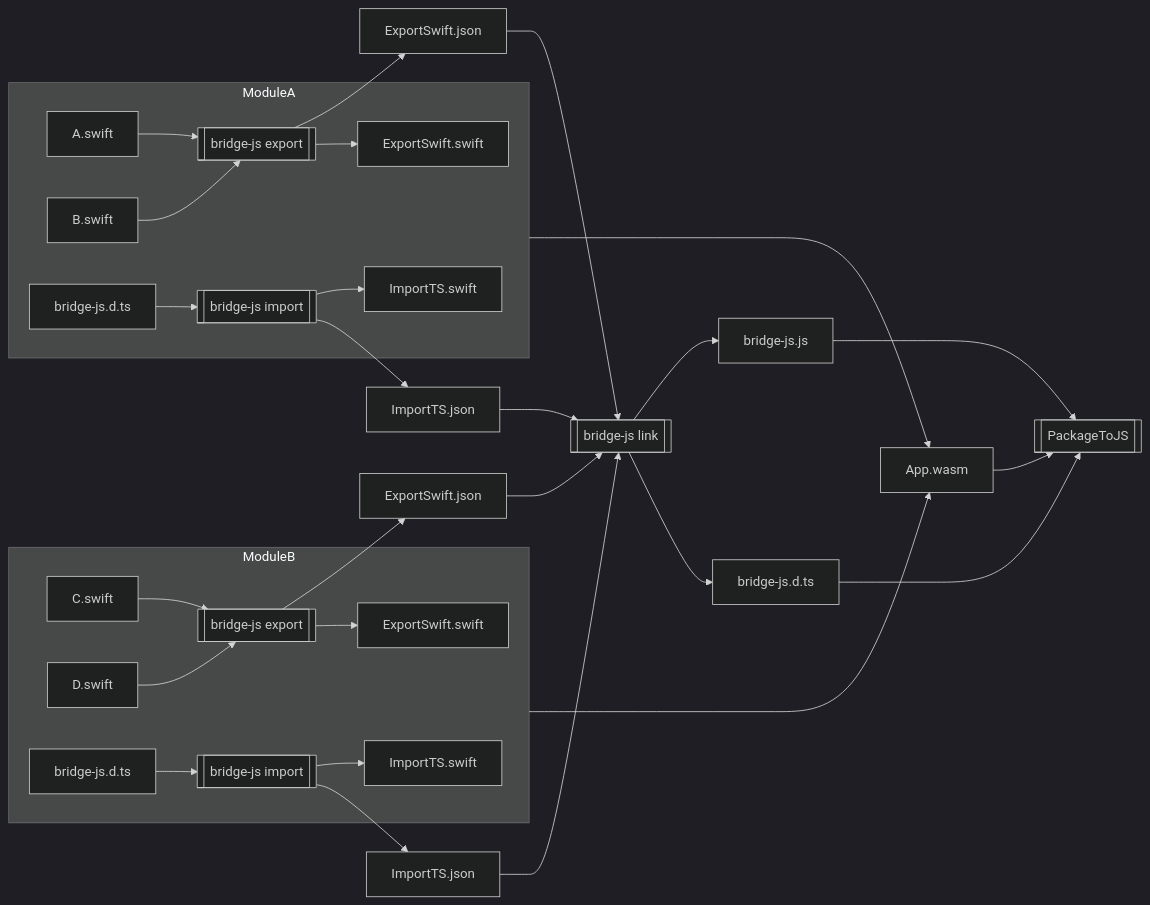
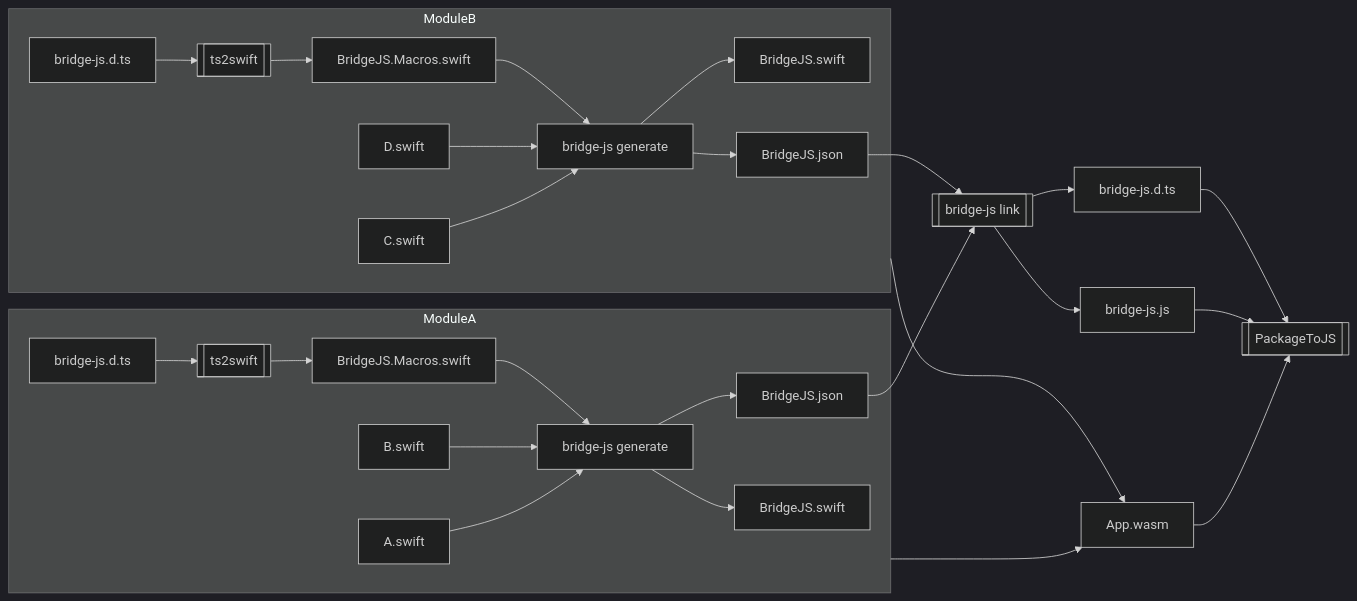
Before and after one commit to swiftwasm/JavaScriptKit: the diagram in Plugins/BridgeJS/README.md, drawn with Mermaid (dark theme). The commit also changed other lines of this file and 166 other files, not shown here.

Commit message:
BridgeJS: Macro-annotated import notations

````diff
--- a/Plugins/BridgeJS/README.md
+++ b/Plugins/BridgeJS/README.md
@@ -18,36 +25,34 @@
 ```mermaid
 graph LR
-    E1 --> G3[ExportSwift.json]
     subgraph ModuleA
-        A.swift --> E1[[bridge-js export]]
-        B.swift --> E1
-        E1 --> G1[ExportSwift.swift]
-        B1[bridge-js.d.ts]-->I1[[bridge-js import]]
-        I1 --> G2[ImportTS.swift]
+        A.swift --> G1[bridge-js generate]
+        B.swift --> G1
+        B1[bridge-js.d.ts] --> T1[[ts2swift]]
+        T1 --> M1[BridgeJS.Macros.swift]
+        M1 --> G1
+        G1 --> G3[BridgeJS.json]
+        G1 --> G2[BridgeJS.swift]
     end
-    I1 --> G4[ImportTS.json]
 
-    E2 --> G7[ExportSwift.json]
     subgraph ModuleB
-        C.swift --> E2[[bridge-js export]]
-        D.swift --> E2
-        E2 --> G5[ExportSwift.swift]
-        B2[bridge-js.d.ts]-->I2[[bridge-js import]]
-        I2 --> G6[ImportTS.swift]
+        C.swift --> G4[bridge-js generate]
+        D.swift --> G4
+        B2[bridge-js.d.ts] --> T2[[ts2swift]]
+        T2 --> M2[BridgeJS.Macros.swift]
+        M2 --> G4
+        G4 --> G5[BridgeJS.swift]
+        G4 --> G6[BridgeJS.json]
     end
-    I2 --> G8[ImportTS.json]
 
     G3 --> L1[[bridge-js link]]
-    G4 --> L1
-    G7 --> L1
-    G8 --> L1
+    G6 --> L1
 
     L1 --> F1[bridge-js.js]
     L1 --> F2[bridge-js.d.ts]
     ModuleA -----> App[App.wasm]
     ModuleB -----> App
 
     App --> PKG[[PackageToJS]]
     F1 --> PKG
     F2 --> PKG
 ```
````
